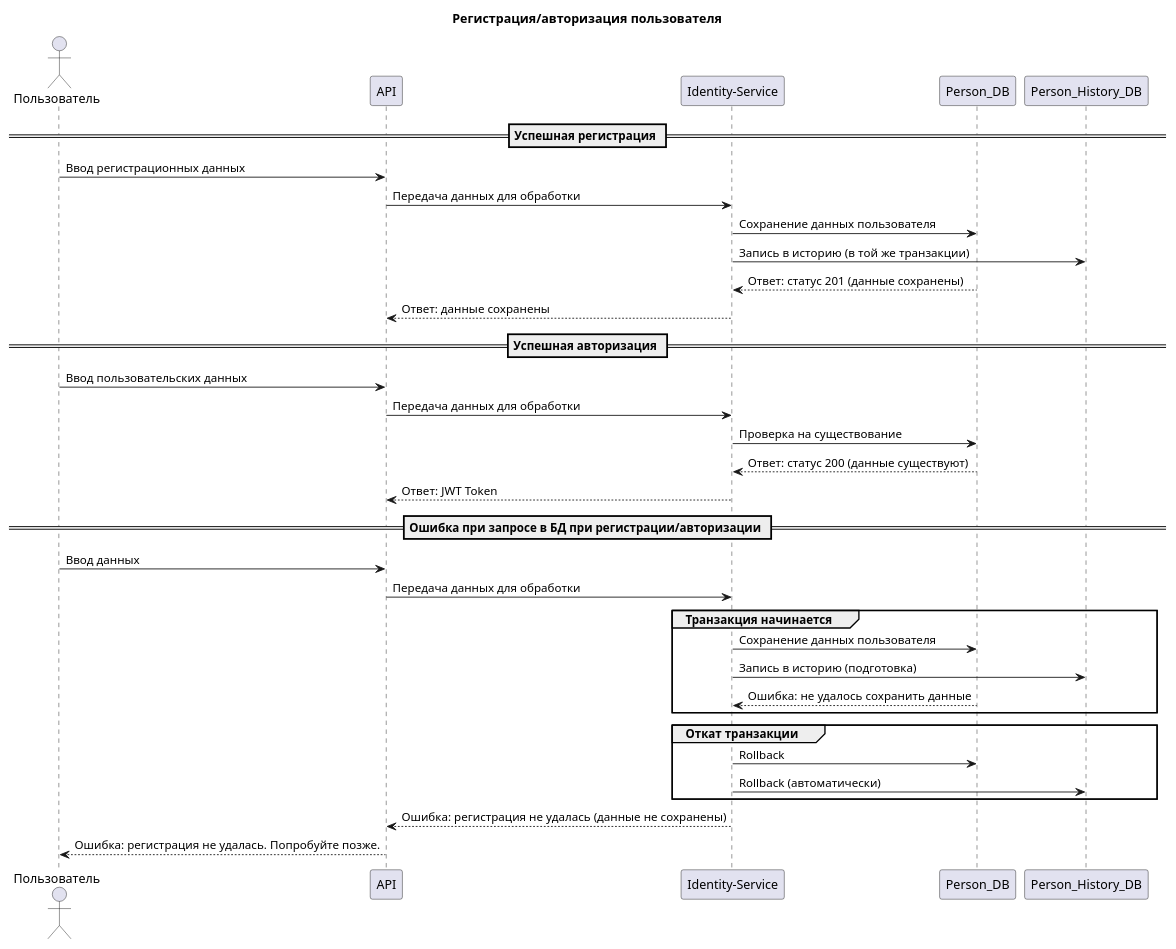
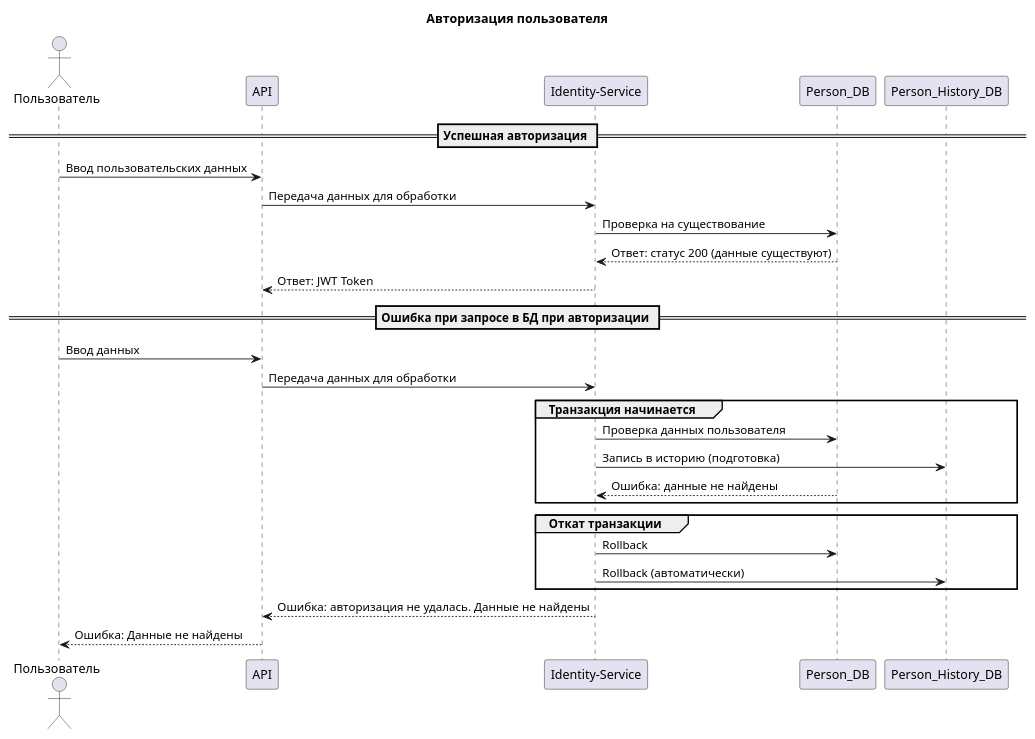
The diagram in uml/UserRegistrationAuth.puml (QuitEnough/lawDocs), drawn with PlantUML before and after one commit. The commit also changed 3 other files, not shown here.

```diff
--- a/uml/UserRegistrationAuth.puml
+++ b/uml/UserRegistrationAuth.puml
@@ -1,44 +1,35 @@
 @startuml
-title Регистрация/авторизация пользователя
+title Авторизация пользователя
 
 actor "Пользователь" as User
 participant "API" as API
 participant "Identity-Service" as IS
 participant "Person_DB" as PDB
 participant "Person_History_DB" as PHDB
-
-== Успешная регистрация ==
-User -> API : Ввод регистрационных данных
-API -> IS : Передача данных для обработки
-
-IS -> PDB : Сохранение данных пользователя
-IS -> PHDB : Запись в историю (в той же транзакции)
-PDB --> IS : Ответ: статус 201 (данные сохранены)
-IS --> API : Ответ: данные сохранены
 
 == Успешная авторизация ==
 User -> API : Ввод пользовательских данных
 API -> IS : Передача данных для обработки
 IS -> PDB : Проверка на существование
 PDB --> IS : Ответ: статус 200 (данные существуют)
 IS --> API : Ответ: JWT Token
 
-== Ошибка при запросе в БД при регистрации/авторизации ==
+== Ошибка при запросе в БД при авторизации ==
 User -> API : Ввод данных
 API -> IS : Передача данных для обработки
 
 group Транзакция начинается
-IS -> PDB : Сохранение данных пользователя
+IS -> PDB : Проверка данных пользователя
 IS -> PHDB : Запись в историю (подготовка)
-PDB --> IS : Ошибка: не удалось сохранить данные
+PDB --> IS : Ошибка: данные не найдены
 end
 
 group Откат транзакции
 IS -> PDB : Rollback
 IS -> PHDB : Rollback (автоматически)
 end
 
-IS --> API : Ошибка: регистрация не удалась (данные не сохранены)
-API --> User : Ошибка: регистрация не удалась. Попробуйте позже.
+IS --> API : Ошибка: авторизация не удалась. Данные не найдены
+API --> User : Ошибка: Данные не найдены
 
 @enduml
```
